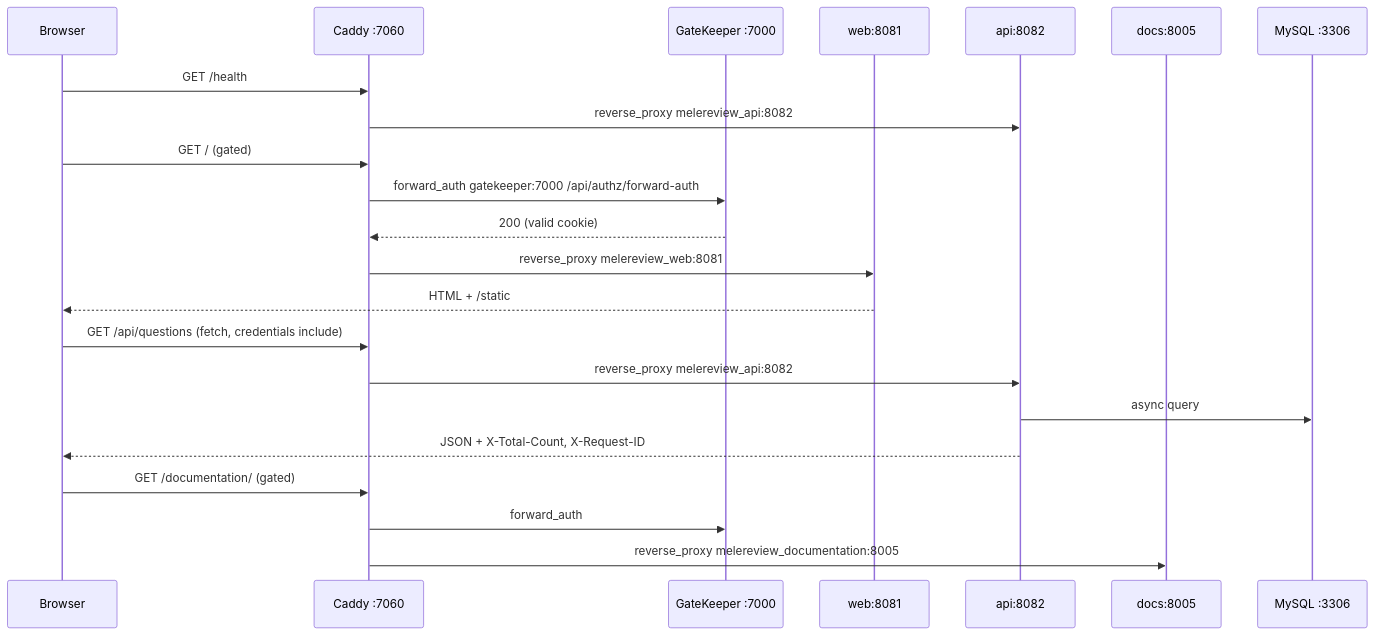
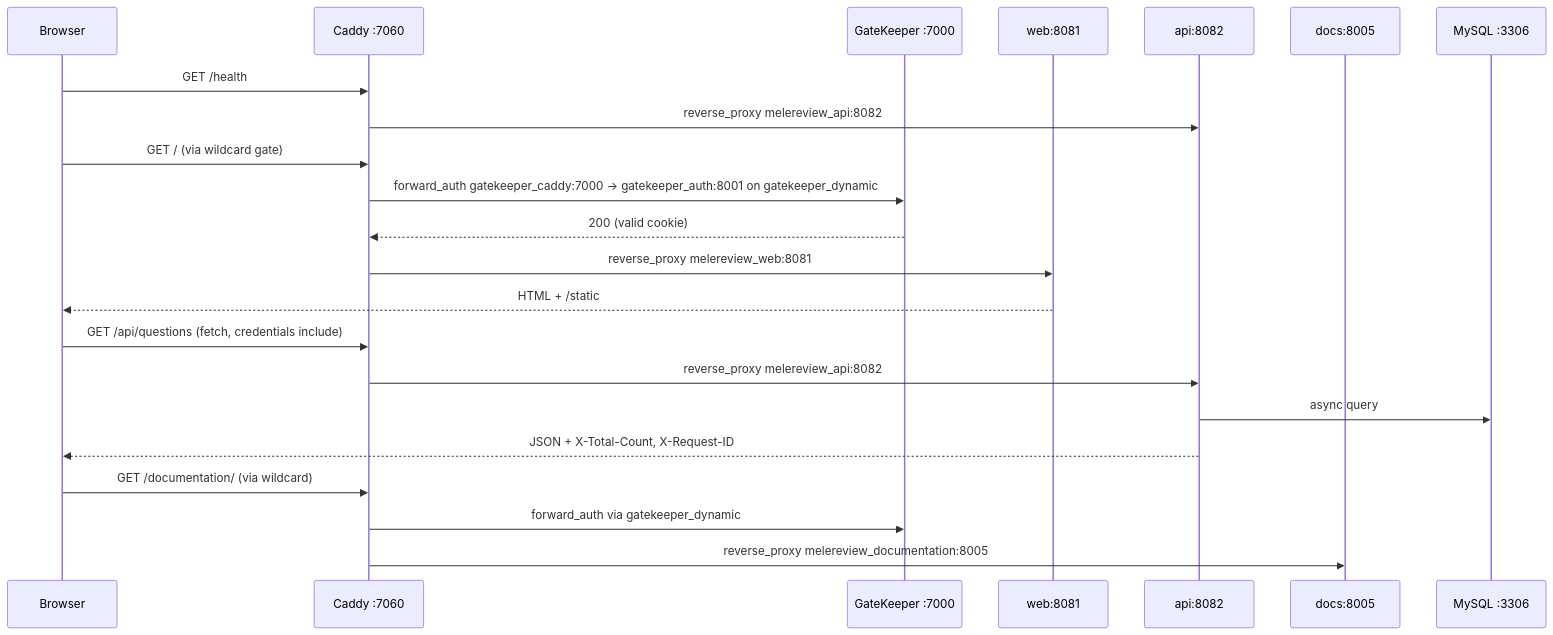
One commit to NovaProtocol/MELEReviewSite changed the first of 2 diagrams in documentation/docs/architecture.md. Above: the diagram before and after it, drawn with Mermaid. The commit also changed other lines of this file and 1 other file, not shown here.

Commit message:
docs(melereview): sync gate to wildcard and networks to live compose

````diff
--- a/documentation/docs/architecture.md
+++ b/documentation/docs/architecture.md
@@ -17,28 +17,28 @@
 ```mermaid
 sequenceDiagram
     participant B as Browser
     participant C as Caddy :7060
     participant G as GateKeeper :7000
     participant W as web:8081
     participant A as api:8082
     participant D as docs:8005
     participant M as MySQL :3306
 
     B->>C: GET /health
     C->>A: reverse_proxy melereview_api:8082
 
-    B->>C: GET / (gated)
-    C->>G: forward_auth gatekeeper:7000 /api/authz/forward-auth
+    B->>C: GET / (via wildcard gate)
+    C->>G: forward_auth gatekeeper_caddy:7000 → gatekeeper_auth:8001 on gatekeeper_dynamic
     G-->>C: 200 (valid cookie)
     C->>W: reverse_proxy melereview_web:8081
     W-->>B: HTML + /static
 
     B->>C: GET /api/questions (fetch, credentials include)
     C->>A: reverse_proxy melereview_api:8082
     A->>M: async query
     A-->>B: JSON + X-Total-Count, X-Request-ID
 
-    B->>C: GET /documentation/ (gated)
-    C->>G: forward_auth
+    B->>C: GET /documentation/ (via wildcard)
+    C->>G: forward_auth via gatekeeper_dynamic
     C->>D: reverse_proxy melereview_documentation:8005
 ```
````
